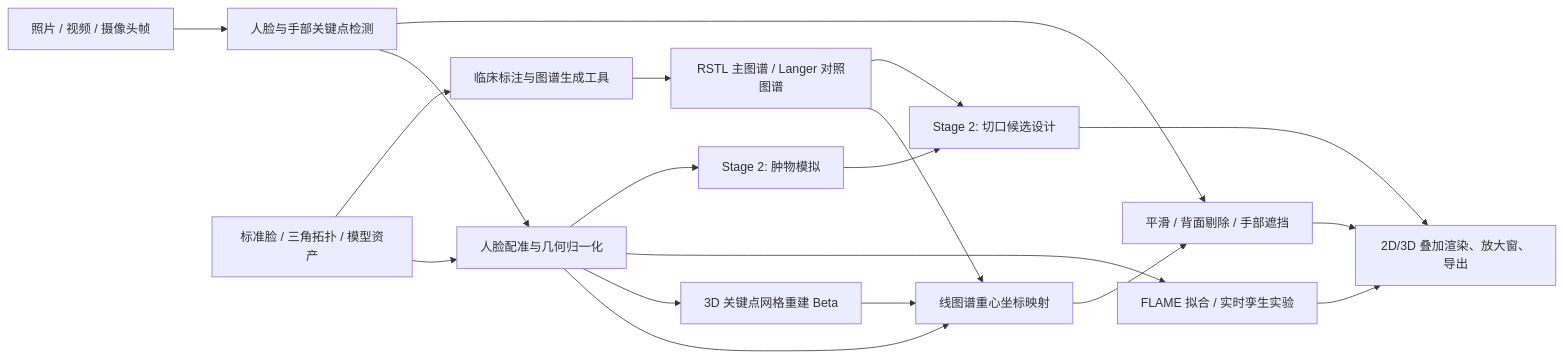
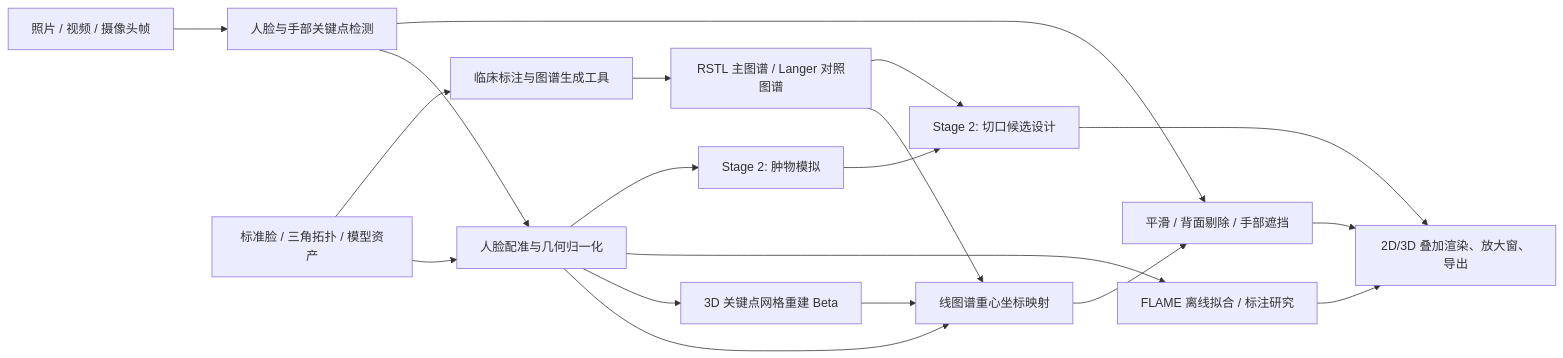
Before and after one commit to jwj1342/LangerFace: the diagram in README.md, drawn with Mermaid. The commit also changed other lines of this file and 40 other files, not shown here.

````diff
--- a/README.md
+++ b/README.md
@@ -64,26 +64,26 @@
 ```mermaid
 flowchart LR
   Input[照片 / 视频 / 摄像头帧] --> Detect[人脸与手部关键点检测]
   Assets[标准脸 / 三角拓扑 / 模型资产] --> Register[人脸配准与几何归一化]
   Detect --> Register
 
   Author[临床标注与图谱生成工具] --> Atlas[RSTL 主图谱 / Langer 对照图谱]
   Assets --> Author
   Atlas --> Map[线图谱重心坐标映射]
   Register --> Map
 
   Detect --> Occlusion[平滑 / 背面剔除 / 手部遮挡]
   Map --> Occlusion
   Occlusion --> Render[2D/3D 叠加渲染、放大窗、导出]
 
   Register --> Recon[3D 关键点网格重建 Beta]
   Recon --> Map
 
-  Register --> Flame[FLAME 拟合 / 实时孪生实验]
+  Register --> Flame[FLAME 离线拟合 / 标注研究]
   Flame --> Render
 
   Register --> Tumor[Stage 2: 肿物模拟]
   Tumor --> Incision[Stage 2: 切口候选设计]
   Atlas --> Incision
   Incision --> Render
 ```
````
